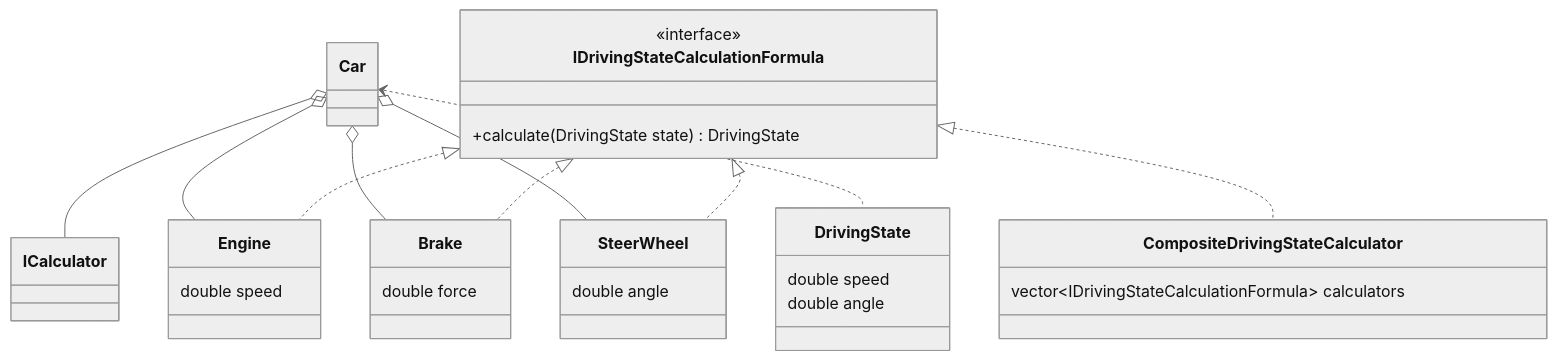
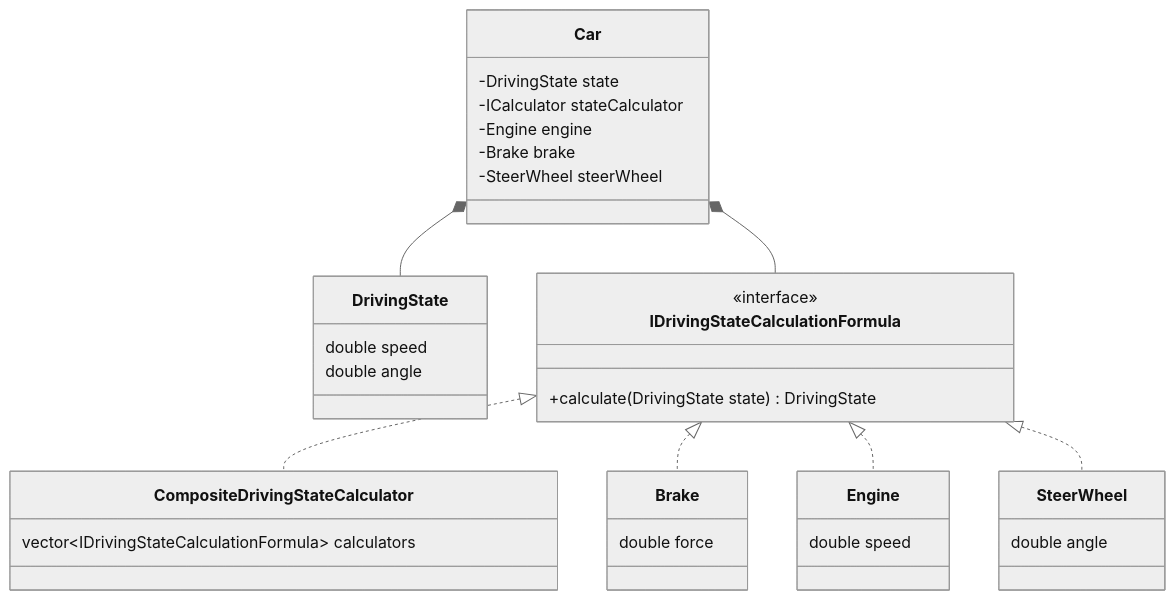
The diagram in ex00/ClassDiagram.md (PalmNeko/piscine-object03-SOLID), drawn with Mermaid (neutral theme) before and after one commit.

````diff
--- a/ex00/ClassDiagram.md
+++ b/ex00/ClassDiagram.md
@@ -1,37 +1,40 @@
 ```mermaid
 
 classDiagram
-
-    Car o-- ICalculator
-    Car o-- Engine
-    Car o-- Brake
-    Car o-- SteerWheel
-
-    Car <.. DrivingState
+    Car *-- DrivingState
+    Car *-- IDrivingStateCalculationFormula
 
     IDrivingStateCalculationFormula <|.. CompositeDrivingStateCalculator
     IDrivingStateCalculationFormula <|.. Brake
     IDrivingStateCalculationFormula <|.. Engine
     IDrivingStateCalculationFormula <|.. SteerWheel
+
+    class Car {
+        -DrivingState state
+        -ICalculator stateCalculator
+        -Engine engine
+        -Brake brake
+        -SteerWheel steerWheel
+    }
 
     class DrivingState {
         double speed
         double angle
     }
     class CompositeDrivingStateCalculator {
         vector~IDrivingStateCalculationFormula~ calculators
     }
     class IDrivingStateCalculationFormula {
         <<interface>>
         +calculate(DrivingState state) DrivingState
     }
     class Brake {
         double force
     }
     class Engine {
         double speed
     }
     class SteerWheel {
         double angle
     }
 ```
````
